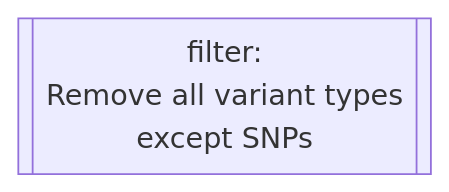
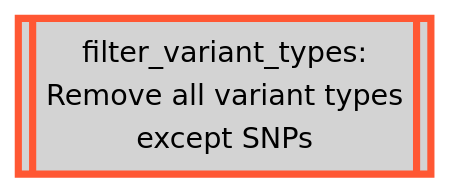
Before and after one commit to Tuks-ICMM/Pharmacogenetic-Analysis-Pipeline: the fourth of 22 diagrams in docs/02-workflow/02-methodology-summary.md, drawn with Mermaid. The commit also changed other lines of this file, not shown here.

````diff
--- a/docs/02-workflow/02-methodology-summary.md
+++ b/docs/02-workflow/02-methodology-summary.md
@@ -331,4 +301,7 @@
   ```mermaid
   flowchart TD
-    filter[[filter:\nRemove all variant types\nexcept SNPs]]
+    filter_variant_types[[filter_variant_types:\nRemove all variant types\nexcept SNPs]]
+    
+    classDef bcftools stroke:#FF5733,fill:#D3D3D3,stroke-width:4px,color:black;
+    class filter_variant_types bcftools;
   ```
````
